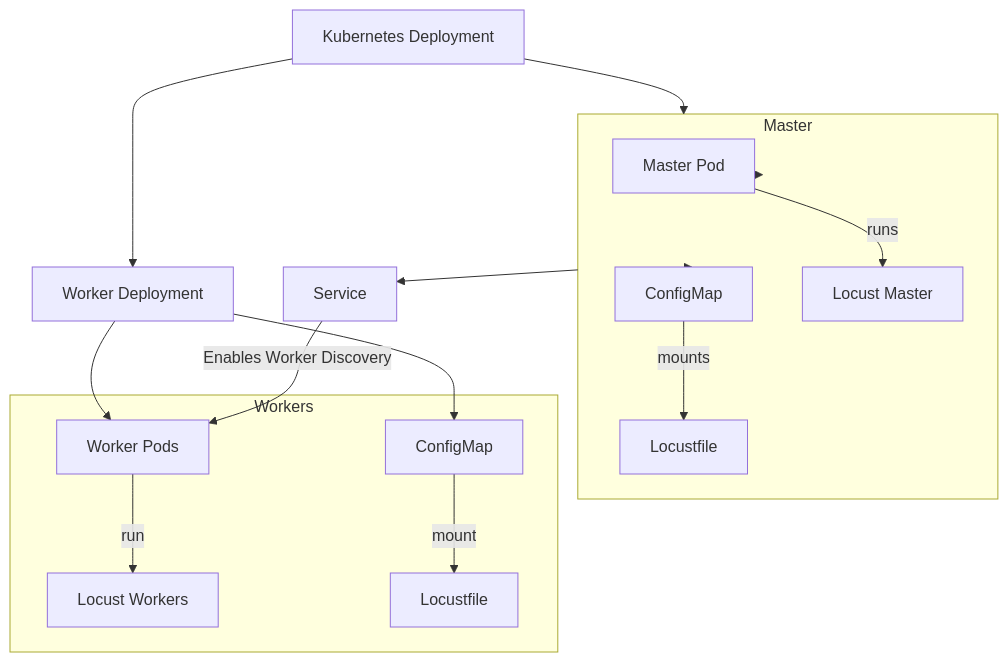
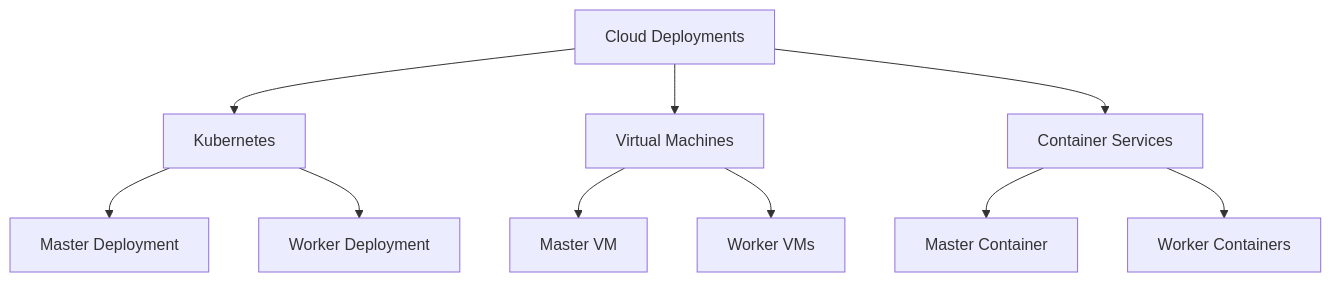
Before and after one commit to locustio/locust: the second of 4 diagrams in docs-md/deployment_guide.md, drawn with Mermaid. The commit also changed other lines of this file and 9 other files, not shown here.

````diff
--- a/docs-md/deployment_guide.md
+++ b/docs-md/deployment_guide.md
@@ -132,24 +137,15 @@
 ```mermaid
 flowchart TD
-    K8s[Kubernetes Deployment] --> Master[Master Deployment]
-    K8s --> Worker[Worker Deployment]
+    Cloud[Cloud Deployments] --> K8s[Kubernetes]
+    Cloud --> CloudVMs[Virtual Machines]
+    Cloud --> CloudContainers[Container Services]
     
-    Master --> MasterPod[Master Pod]
-    Master --> MasterService[Service]
-    Master --> MasterConfigMap[ConfigMap]
+    K8s --> K8s_Master[Master Deployment]
+    K8s --> K8s_Workers[Worker Deployment]
     
-    Worker --> WorkerPods[Worker Pods]
-    Worker --> WorkerConfigMap[ConfigMap]
+    CloudVMs --> VM_Master[Master VM]
+    CloudVMs --> VM_Workers[Worker VMs]
     
-    MasterService --> |Enables Worker Discovery| WorkerPods
-    
-    subgraph "Master"
-        MasterPod --> |runs| MasterContainer[Locust Master]
-        MasterConfigMap --> |mounts| Locustfile1[Locustfile]
-    end
-    
-    subgraph "Workers"
-        WorkerPods --> |run| WorkerContainers[Locust Workers]
-        WorkerConfigMap --> |mount| Locustfile2[Locustfile]
-    end
+    CloudContainers --> Container_Master[Master Container]
+    CloudContainers --> Container_Workers[Worker Containers]
 ```
````
